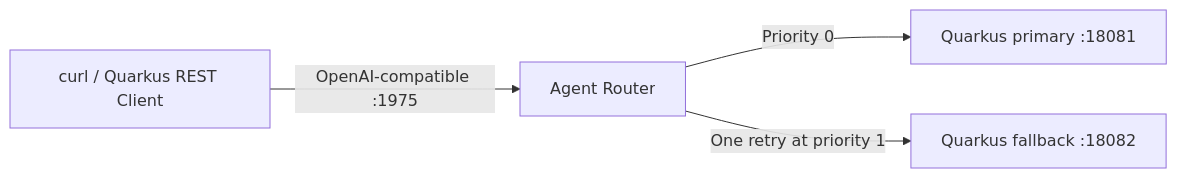
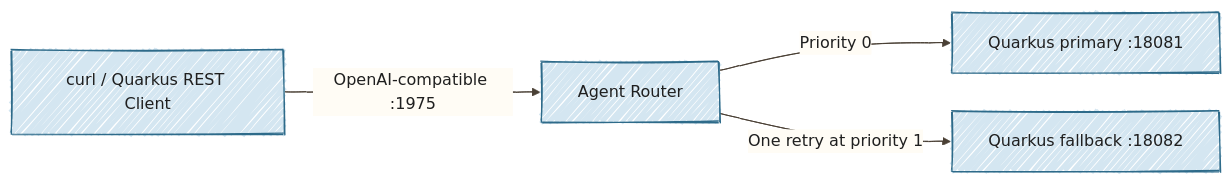
The diagram in part6-agent-router/README.md (danieloh30/governed-agent-platform), drawn with Mermaid before and after one commit. The commit also changed 14 other files, not shown here.

Commit message:
Improve Mermaid readability in light and dark modes

````diff
--- a/part6-agent-router/README.md
+++ b/part6-agent-router/README.md
@@ -12,6 +12,7 @@
 ```mermaid
+%%{init: {"look":"handDrawn","theme":"base","themeVariables":{"darkMode":false,"background":"#FFFCF5","primaryColor":"#D4E6F1","primaryBorderColor":"#2E6B8A","primaryTextColor":"#1F1F1F","secondaryColor":"#D8F0D8","secondaryTextColor":"#1F1F1F","tertiaryColor":"#E8DCC4","tertiaryTextColor":"#1F1F1F","textColor":"#1F1F1F","lineColor":"#4A4035","edgeLabelBackground":"#FFFCF5","clusterBkg":"#F5F5F0","clusterBorder":"#6B5B45","fontSize":"16px","actorBkg":"#D4E6F1","actorBorder":"#2E6B8A","actorTextColor":"#1F1F1F","actorLineColor":"#6B5B45","signalColor":"#4A4035","signalTextColor":"#1F1F1F"},"flowchart":{"nodeSpacing":35,"rankSpacing":55,"padding":18}}}%%
 flowchart LR
     C[curl / Quarkus REST Client] -->|OpenAI-compatible :1975| AR[Agent Router]
     AR -->|Priority 0| P[Quarkus primary :18081]
     AR -->|One retry at priority 1| F[Quarkus fallback :18082]
 ```
````
